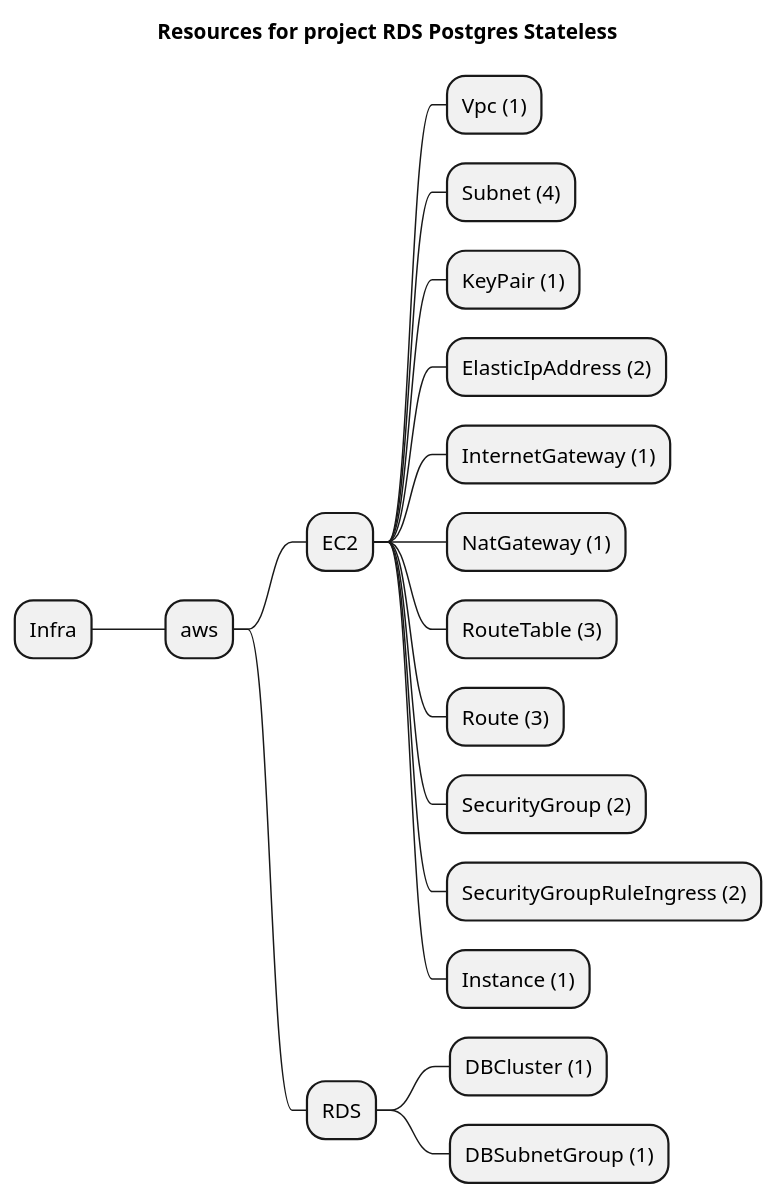
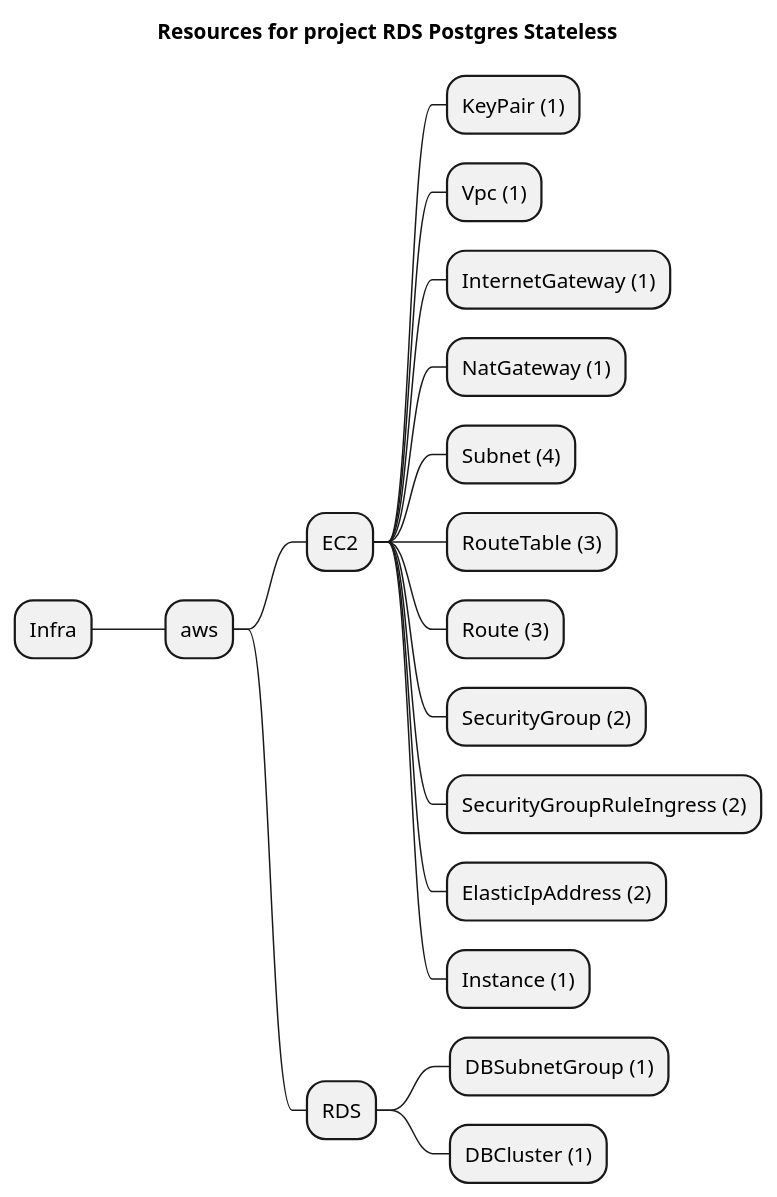
The diagram in examples/aws/rds/postgres-stateless/artifacts/resources-mindmap.puml (grucloud/grucloud), drawn with PlantUML before and after one commit. The commit also changed other lines of this file and 8 other files, not shown here.

```diff
--- a/examples/aws/rds/postgres-stateless/artifacts/resources-mindmap.puml
+++ b/examples/aws/rds/postgres-stateless/artifacts/resources-mindmap.puml
@@ -1,21 +1,21 @@
 @startmindmap
 title Resources for project RDS Postgres Stateless
 skinparam monochrome true
 + Infra
 ++ aws
 +++ EC2
+++++ KeyPair (1)
 ++++ Vpc (1)
-++++ Subnet (4)
-++++ KeyPair (1)
-++++ ElasticIpAddress (2)
 ++++ InternetGateway (1)
 ++++ NatGateway (1)
+++++ Subnet (4)
 ++++ RouteTable (3)
 ++++ Route (3)
 ++++ SecurityGroup (2)
 ++++ SecurityGroupRuleIngress (2)
+++++ ElasticIpAddress (2)
 ++++ Instance (1)
 +++ RDS
+++++ DBSubnetGroup (1)
 ++++ DBCluster (1)
-++++ DBSubnetGroup (1)
 @endmindmap
```
